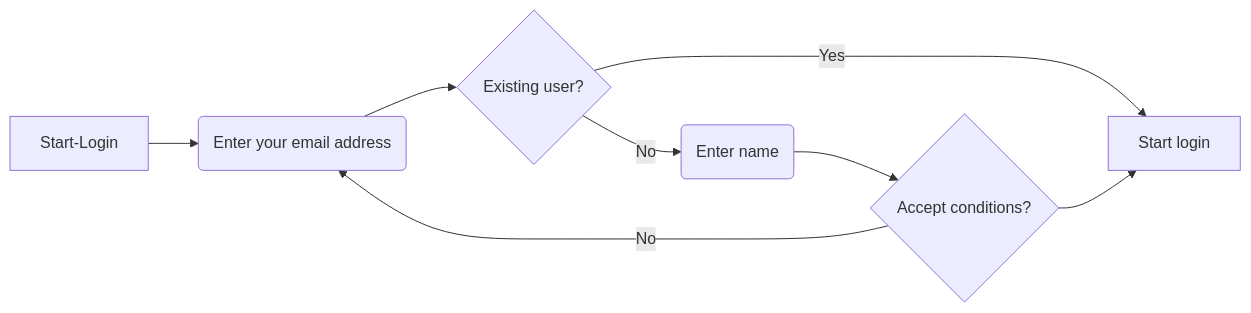
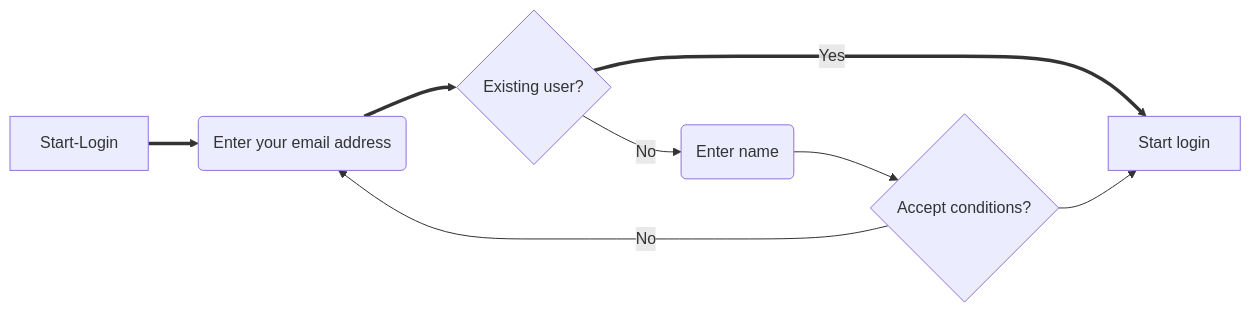
One commit to banksjim/mermaid-learning changed the first of 4 diagrams in Mermaid-Practice.md. Above: the diagram before and after it, drawn with Mermaid. The commit also changed other lines of this file, not shown here.

Commit message:
Bold arrows in flowchart of Mermaid-Practice.md

````diff
--- a/Mermaid-Practice.md
+++ b/Mermaid-Practice.md
@@ -9,10 +7,10 @@
 ```mermaid
 flowchart LR
-    Start-Login --> A(Enter your email address);
-    A --> B{Existing user?};
-    B --> |Yes| C[Start login];
+    Start-Login ==> A(Enter your email address);
+    A ==> B{Existing user?};
+    B ==> |Yes| C[Start login];
     B --> |No| D(Enter name);
     D --> E{Accept conditions?};
     E --> C;
     E --> |No| A;
 ```
````
